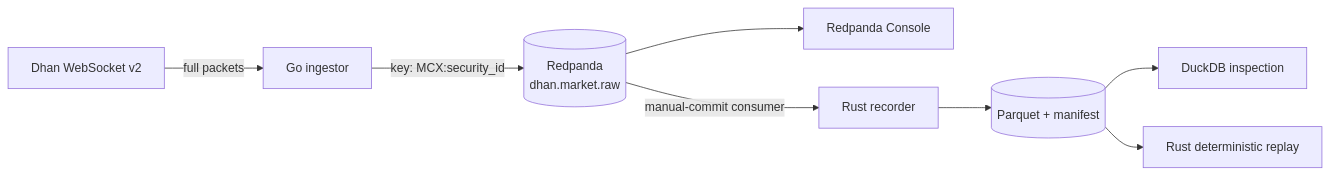
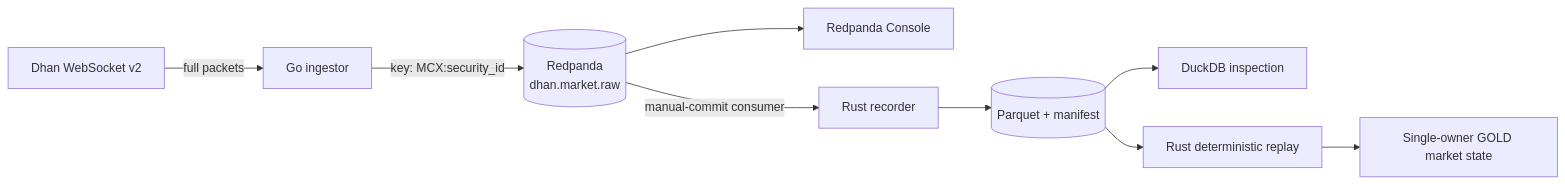
Before and after one commit to yswa-var/dhan_go_bus: the diagram in README.md, drawn with Mermaid. The commit also changed other lines of this file and 12 other files, not shown here.

````diff
--- a/README.md
+++ b/README.md
@@ -12,10 +12,11 @@
 ```mermaid
 flowchart LR
     D[Dhan WebSocket v2] -->|full packets| G[Go ingestor]
     G -->|key: MCX:security_id| R[(Redpanda<br/>dhan.market.raw)]
     R --> C[Redpanda Console]
     R -->|manual-commit consumer| P[Rust recorder]
     P --> F[(Parquet + manifest)]
     F --> Q[DuckDB inspection]
     F --> H[Rust deterministic replay]
+    H --> S[Single-owner GOLD market state]
 ```
````
